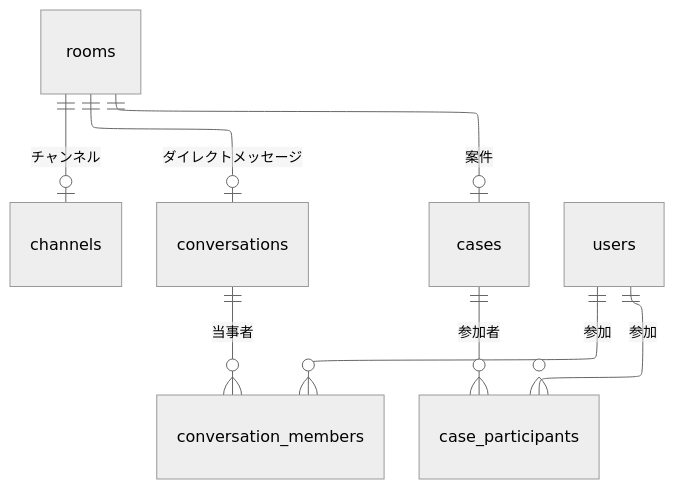
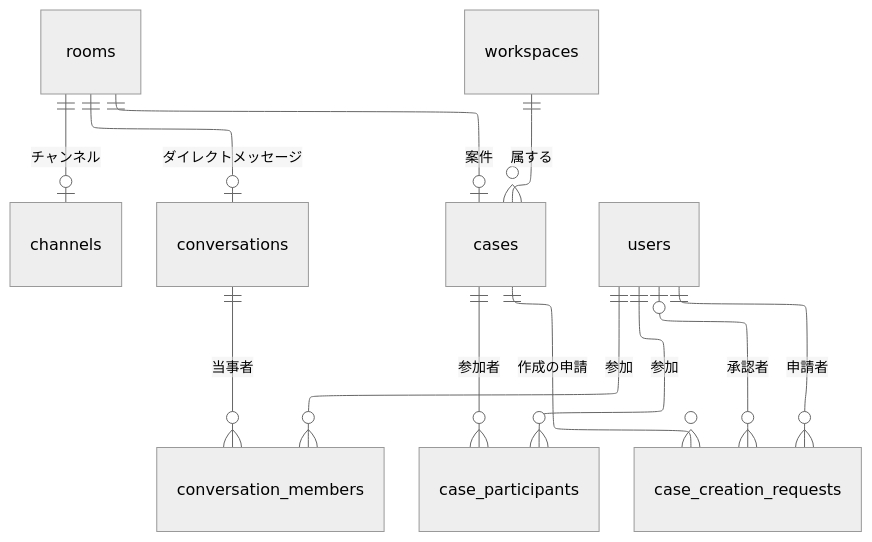
Before and after one commit to yamamotonaoki3/internal-system: the third of 8 diagrams in docs/requirements/data-model.md, drawn with Mermaid (neutral theme). The commit also changed other lines of this file, not shown here.

````diff
--- a/docs/requirements/data-model.md
+++ b/docs/requirements/data-model.md
@@ -68,14 +77,18 @@
 ```mermaid
 ---
 config:
   layout: elk
 ---
 erDiagram
     rooms ||--o| channels : "チャンネル"
     rooms ||--o| conversations : "ダイレクトメッセージ"
     rooms ||--o| cases : "案件"
     conversations ||--o{ conversation_members : "当事者"
     users ||--o{ conversation_members : "参加"
     cases ||--o{ case_participants : "参加者"
     users ||--o{ case_participants : "参加"
+    workspaces ||--o{ cases : "属する"
+    cases ||--o{ case_creation_requests : "作成の申請"
+    users ||--o{ case_creation_requests : "申請者"
+    users |o--o{ case_creation_requests : "承認者"
 ```
````
